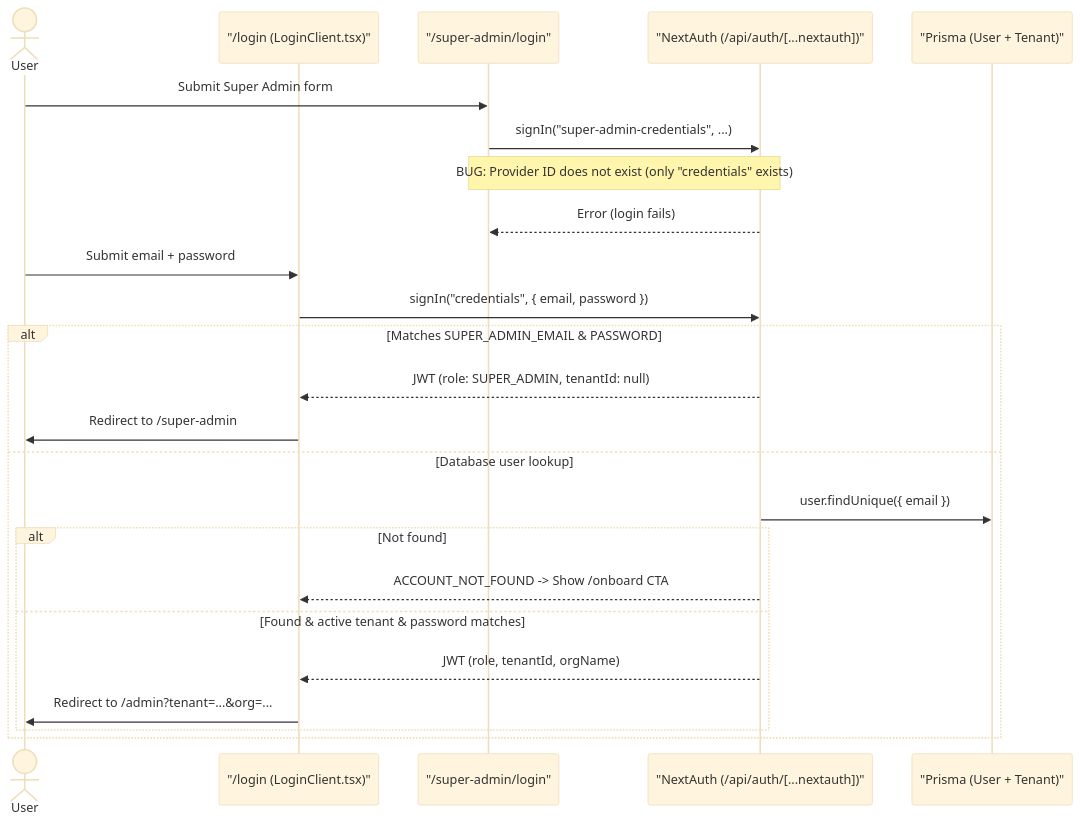
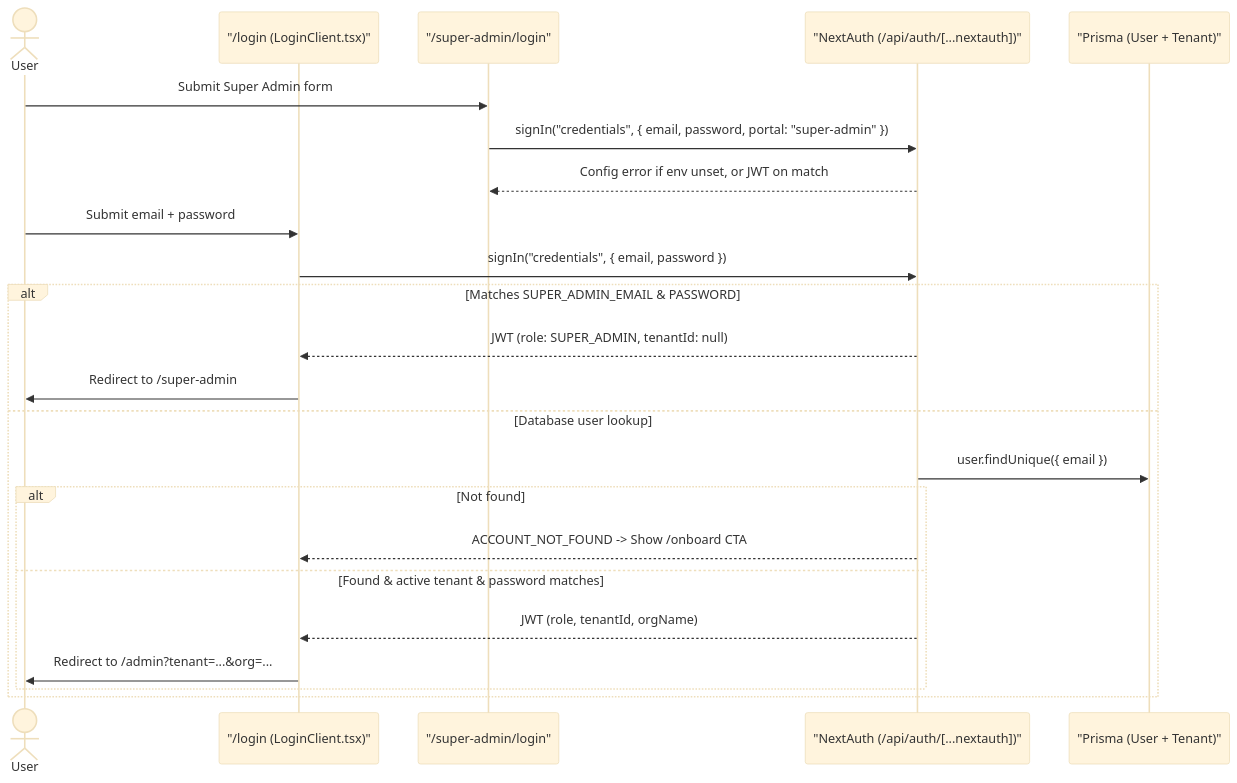
The third of 5 diagrams in docs/Architecture.md (sohail-24/test-exam), drawn with Mermaid (base theme) before and after one commit. The commit also changed other lines of this file and 10 other files, not shown here.

First line of the commit message:
refactor: enforce password requirements and harden auth

````diff
--- a/docs/Architecture.md
+++ b/docs/Architecture.md
@@ -337,28 +337,27 @@
 ```mermaid
 sequenceDiagram
     actor User
     participant LoginUI as "/login (LoginClient.tsx)"
     participant SALoginUI as "/super-admin/login"
     participant NextAuth as "NextAuth (/api/auth/[...nextauth])"
     participant DB as "Prisma (User + Tenant)"
 
     User->>SALoginUI: Submit Super Admin form
-    SALoginUI->>NextAuth: signIn("super-admin-credentials", ...)
-    Note over SALoginUI,NextAuth: BUG: Provider ID does not exist (only "credentials" exists)
-    NextAuth-->>SALoginUI: Error (login fails)
+    SALoginUI->>NextAuth: signIn("credentials", { email, password, portal: "super-admin" })
+    NextAuth-->>SALoginUI: Config error if env unset, or JWT on match
 
     User->>LoginUI: Submit email + password
     LoginUI->>NextAuth: signIn("credentials", { email, password })
     alt Matches SUPER_ADMIN_EMAIL & PASSWORD
         NextAuth-->>LoginUI: JWT (role: SUPER_ADMIN, tenantId: null)
         LoginUI->>User: Redirect to /super-admin
     else Database user lookup
         NextAuth->>DB: user.findUnique({ email })
         alt Not found
             NextAuth-->>LoginUI: ACCOUNT_NOT_FOUND -> Show /onboard CTA
         else Found & active tenant & password matches
             NextAuth-->>LoginUI: JWT (role, tenantId, orgName)
             LoginUI->>User: Redirect to /admin?tenant=...&org=...
         end
     end
 ```
````
